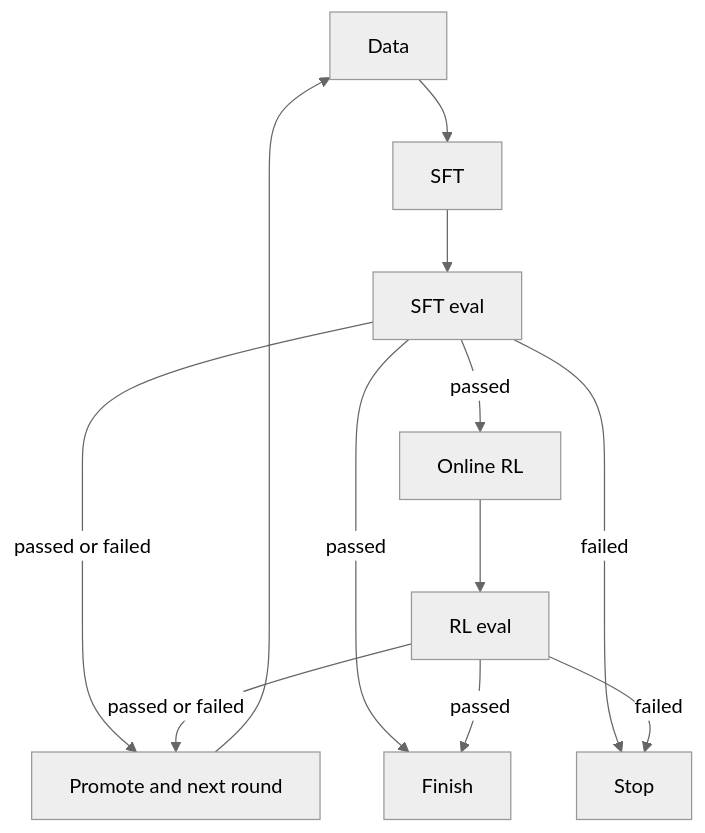
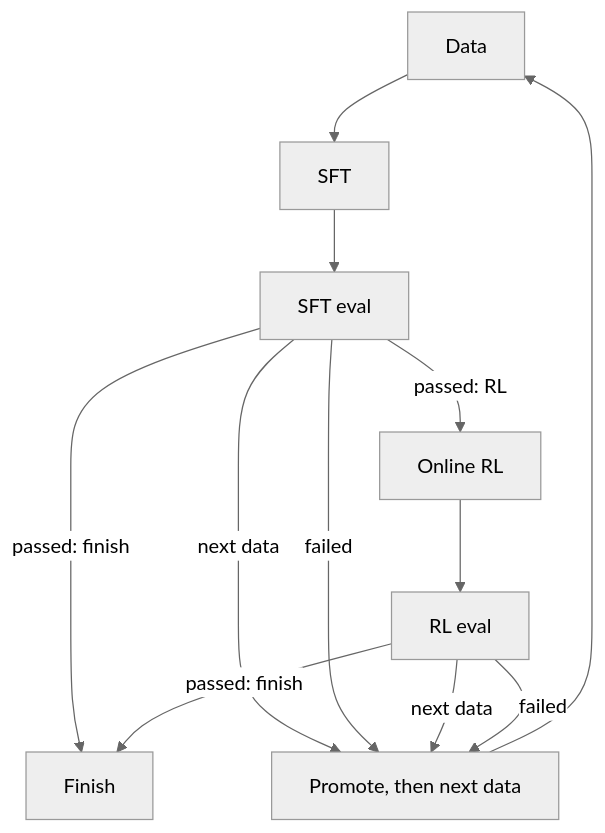
One commit to achievec/ms-swift changed the diagram in rsi/README.md. Above: the diagram before and after it, drawn with Mermaid (neutral theme). The commit also changed other lines of this file and 9 other files, not shown here.

First line of the commit message:
Redraw the RSI flow as one trunk with short decision exits.

````diff
--- a/rsi/README.md
+++ b/rsi/README.md
@@ -11,13 +11,13 @@
 ```mermaid
 flowchart TD
   data[Data] --> sft[SFT] --> se[SFT eval]
-  se -->|passed| rl[Online RL]
-  se -->|passed or failed| nxt[Promote and next round]
-  se -->|passed| done[Finish]
-  se -->|failed| stop[Stop]
+  se -->|passed: RL| rl[Online RL]
+  se -->|passed: finish| done[Finish]
+  se -->|next data| nxt[Promote, then next data]
+  se -->|failed| nxt
   rl --> re[RL eval]
-  re -->|passed or failed| nxt
-  re -->|passed| done
-  re -->|failed| stop
+  re -->|passed: finish| done
+  re -->|next data| nxt
+  re -->|failed| nxt
   nxt --> data
 ```
````
